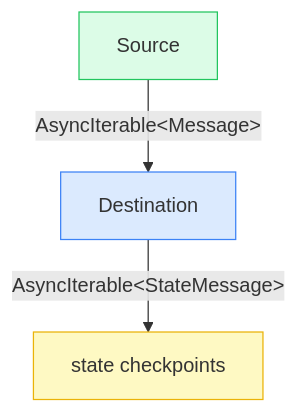
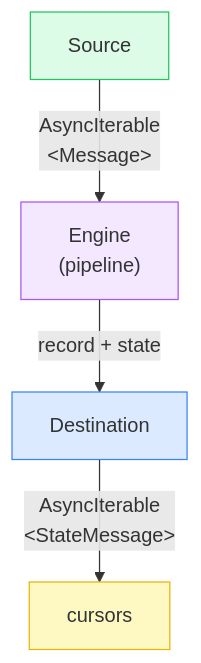
The first of 7 diagrams in docs/slides/architecture.md (supabase/stripe-sync-engine), drawn with Mermaid before and after one commit. The commit also changed other lines of this file and 8 other files, not shown here.

````diff
--- a/docs/slides/architecture.md
+++ b/docs/slides/architecture.md
@@ -87,10 +86,12 @@
 ```mermaid
 flowchart TD
   SRC["Source"]
   DST["Destination"]
-  SRC -->|"AsyncIterable&lt;Message&gt;"| DST
-  DST -->|"AsyncIterable&lt;StateMessage&gt;"| ST["state checkpoints"]
+  SRC -->|"AsyncIterable\n&lt;Message&gt;"| ENG["Engine\n(pipeline)"]
+  ENG -->|"record + state"| DST
+  DST -->|"AsyncIterable\n&lt;StateMessage&gt;"| ST["cursors"]
   style SRC fill:#dcfce7,stroke:#22c55e
+  style ENG fill:#f3e8ff,stroke:#a855f7
   style DST fill:#dbeafe,stroke:#3b82f6
   style ST fill:#fef9c3,stroke:#eab308
 ```
````
